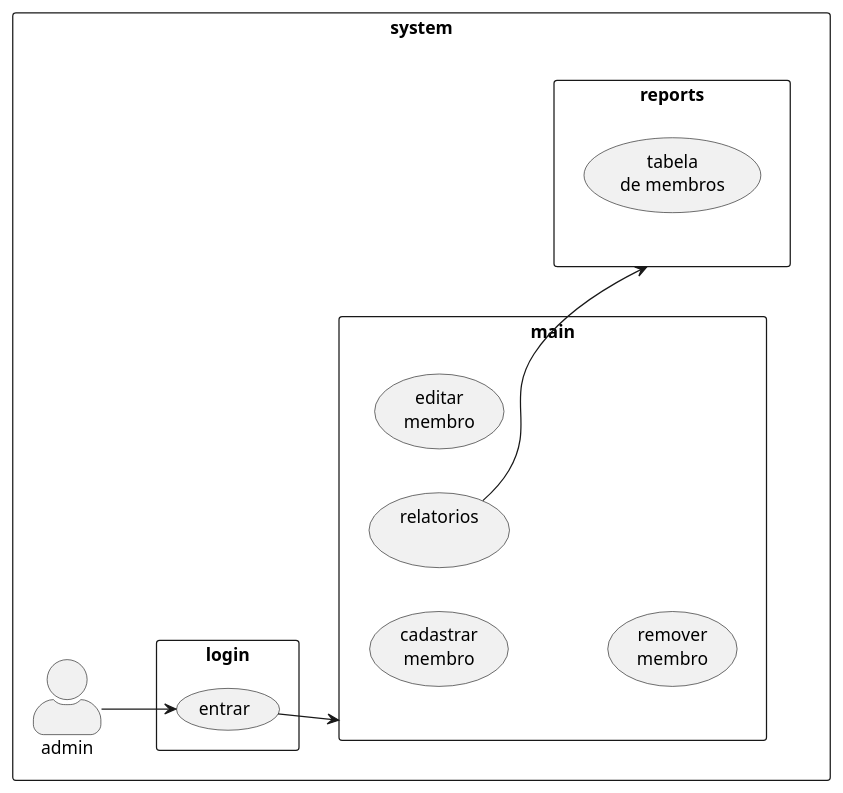
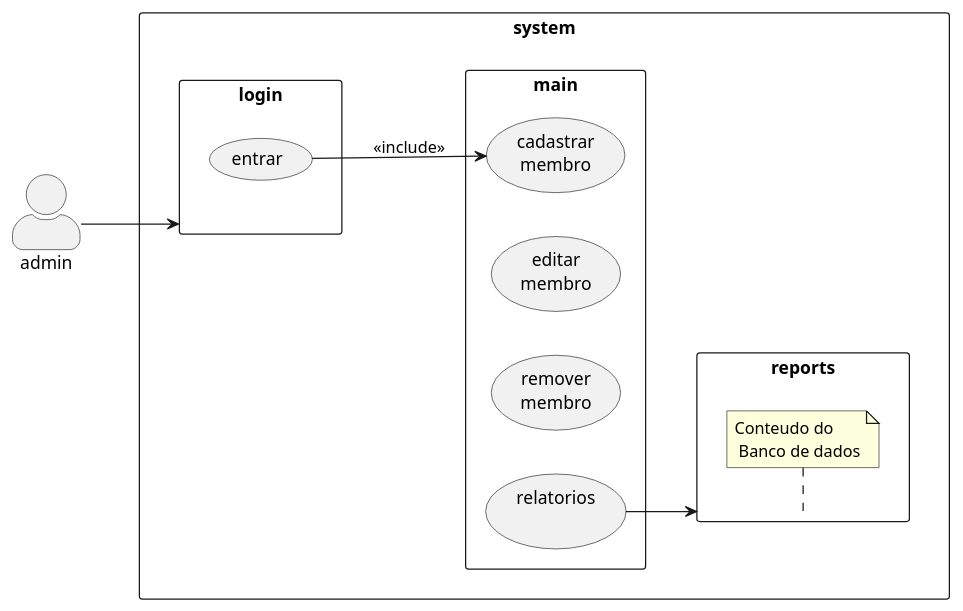
The diagram in diagrams/usecase.puml (Bruthalles/projeto-rad), drawn with PlantUML before and after one commit.

Commit message:
caso de uso basico terminado

```diff
--- a/diagrams/usecase.puml
+++ b/diagrams/usecase.puml
@@ -1,29 +1,29 @@
 @startuml usecase_main
 left to right direction
 skinparam actorStyle awesome
-
+:admin: 
 rectangle system{
-    :admin: 
+    
     rectangle login{
         (entrar)
-        
-        admin --> entrar 
     }
-    
     rectangle main{
         
         (cadastrar\nmembro) as cd 
         (editar\nmembro) as edit 
         (remover\nmembro) as rm
         (relatorios\n) as rl
-        entrar --> main
-        
+
+        ' cd -down-> edit
+        ' edit -down-> rm
+        ' rm -down-> rl
         }
         
-     rectangle reports{
-        (tabela\nde membros)
-     }
-    rl --> reports
-     
+    rectangle reports{
+        note top of reports: Conteudo do\n Banco de dados
+    }
 }
+admin --> login 
+entrar --> cd : <<include>>
+rl --> reports
 @enduml
```
